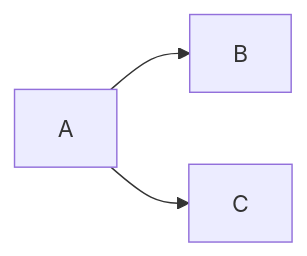
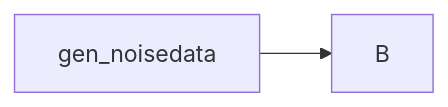
Before and after one commit to SSCT-Lab/DFauLo: the diagram in README.md, drawn with Mermaid.

Commit message:
updated in 2022.8.23

````diff
--- a/README.md
+++ b/README.md
@@ -2,5 +2,4 @@
 ```mermaid
 graph LR
-A --> B;
-A --> C;
+gen_noisedata --> B;
 ```
````
